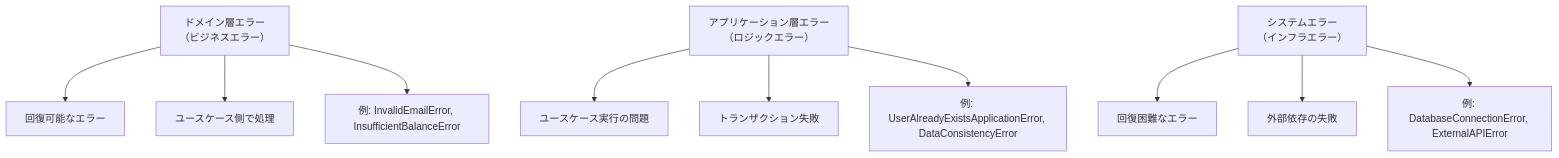
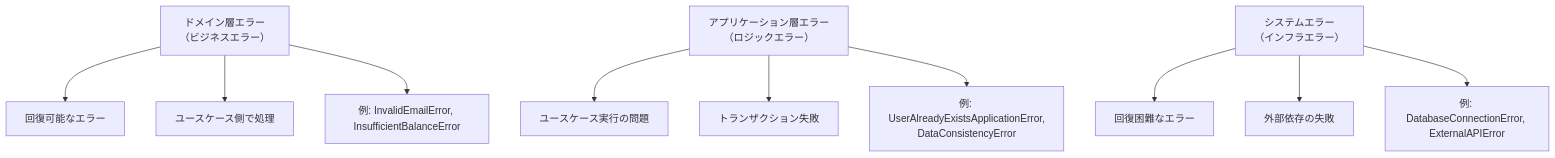
One commit to duwenji/clean-architecture changed the second of 2 diagrams in docs/06-best-practices/03-error-handling.md. Above: the diagram before and after it, drawn with Mermaid. The commit also changed other lines of this file and 63 other files, not shown here.

Commit message:
Update mermaid images: remove outdated files and add new graphics

````diff
--- a/docs/06-best-practices/03-error-handling.md
+++ b/docs/06-best-practices/03-error-handling.md
@@ -19,14 +20,15 @@
 ```mermaid
 flowchart TD
     A["ドメイン層エラー<br/>（ビジネスエラー）"] --> A1["回復可能なエラー"]
     A --> A2["ユースケース側で処理"]
     A --> A3["例: InvalidEmailError, InsufficientBalanceError"]
 
-    B["アプリケーション層エラー<br/>（ロジックエラー）"] --> B1["ユースケース実行の問題"]
+    B["アプリケーション層エラー<br/>（ロジックエラー）"]
+    B --> B1["ユースケース実行の問題"]
     B --> B2["トランザクション失敗"]
-    B --> B3["例: UserAlreadyExistsApplicationError, DataConsistencyError"]
+    B --> B3["例: UserAlreadyExistsApplicationError,<br/>DataConsistencyError"]
 
     C["システムエラー<br/>（インフラエラー）"] --> C1["回復困難なエラー"]
     C --> C2["外部依存の失敗"]
     C --> C3["例: DatabaseConnectionError, ExternalAPIError"]
 ```
````
